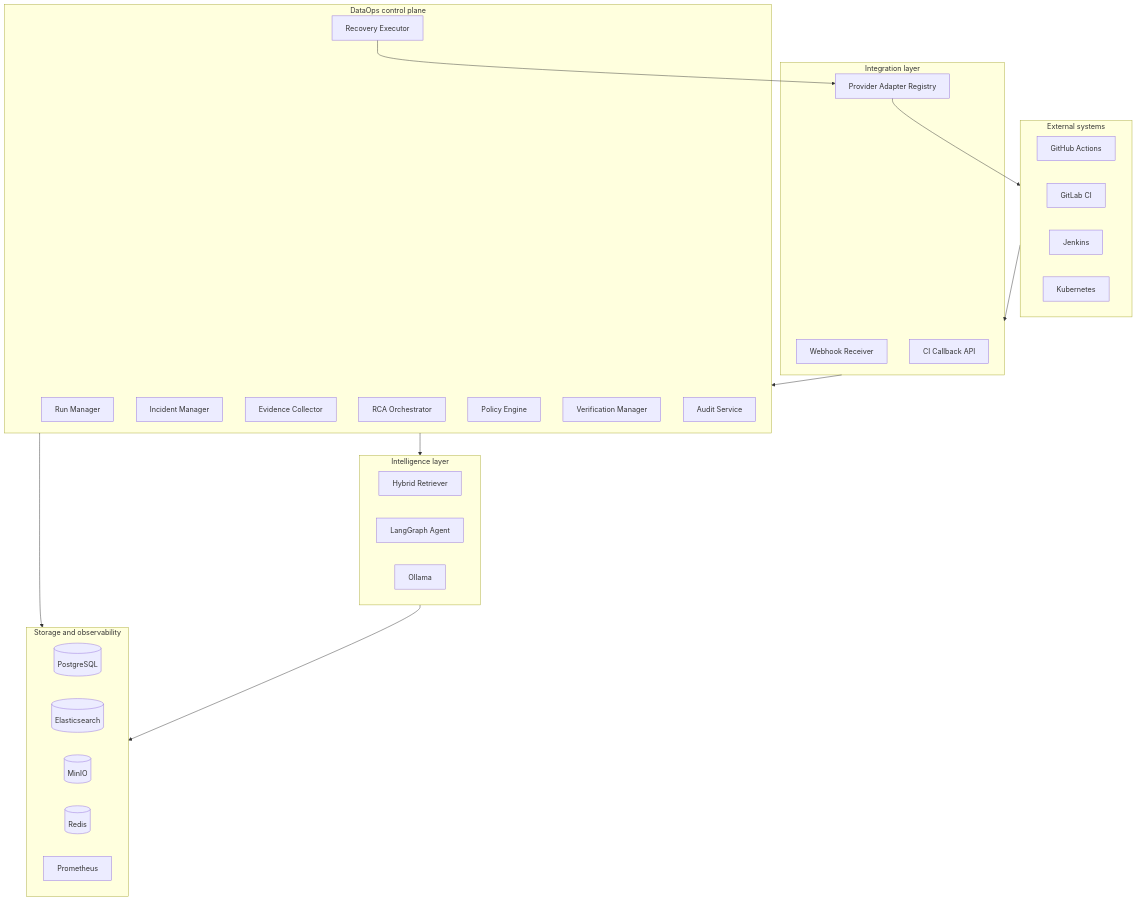
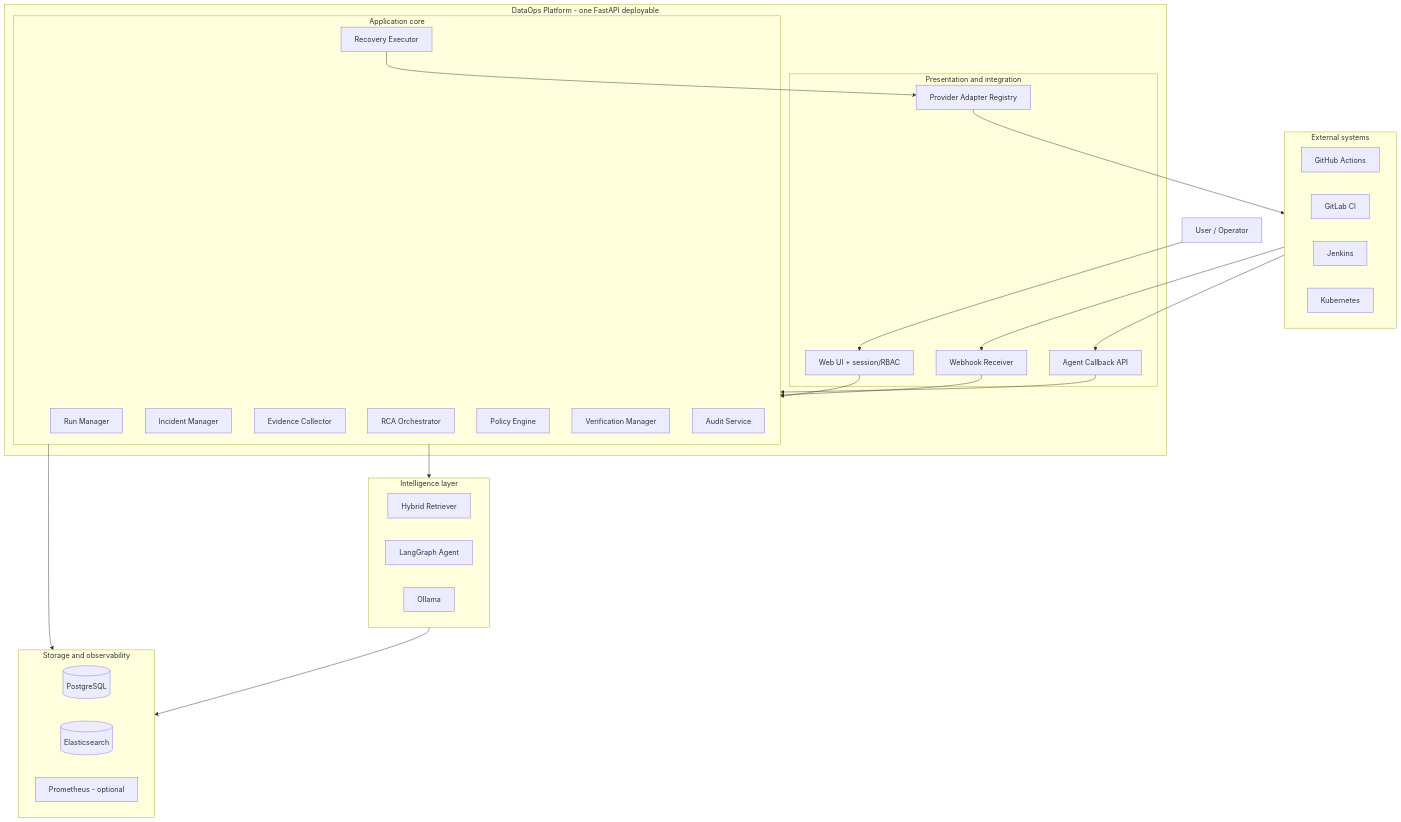
The diagram in docs/02-system-architecture.md (AndyAnh174/dataops-control-plane), drawn with Mermaid before and after one commit. The commit also changed other lines of this file and 10 other files, not shown here.

Commit message:
docs: define self-hosted web platform flow

````diff
--- a/docs/02-system-architecture.md
+++ b/docs/02-system-architecture.md
@@ -14,48 +19,54 @@
 ```mermaid
 flowchart TB
+    USER[User / Operator]
+
     subgraph External[External systems]
         GH[GitHub Actions]
         GL[GitLab CI]
         JK[Jenkins]
         KR[Kubernetes]
     end
 
-    subgraph Ingestion[Integration layer]
+    subgraph Platform[DataOps Platform - one FastAPI deployable]
+      subgraph Presentation[Presentation and integration]
+        WEB[Web UI + session/RBAC]
         WH[Webhook Receiver]
-        API[CI Callback API]
+        API[Agent Callback API]
         PA[Provider Adapter Registry]
-    end
-
-    subgraph Core[DataOps control plane]
+      end
+      subgraph Core[Application core]
         RUN[Run Manager]
         INC[Incident Manager]
         EV[Evidence Collector]
         RCA[RCA Orchestrator]
         POL[Policy Engine]
         REC[Recovery Executor]
         VER[Verification Manager]
         AUD[Audit Service]
+      end
     end
 
     subgraph Intelligence[Intelligence layer]
         RET[Hybrid Retriever]
         LG[LangGraph Agent]
         OL[Ollama]
     end
 
     subgraph Storage[Storage and observability]
         PG[(PostgreSQL)]
         ES[(Elasticsearch)]
-        MI[(MinIO)]
-        RD[(Redis)]
-        PM[Prometheus]
+        PM[Prometheus - optional]
     end
 
-    External --> Ingestion
-    Ingestion --> Core
+    USER --> WEB
+    External --> WH
+    External --> API
+    WEB --> Core
+    WH --> Core
+    API --> Core
     Core --> Intelligence
     Core --> Storage
     Intelligence --> Storage
     REC --> PA
     PA --> External
 ```
````
